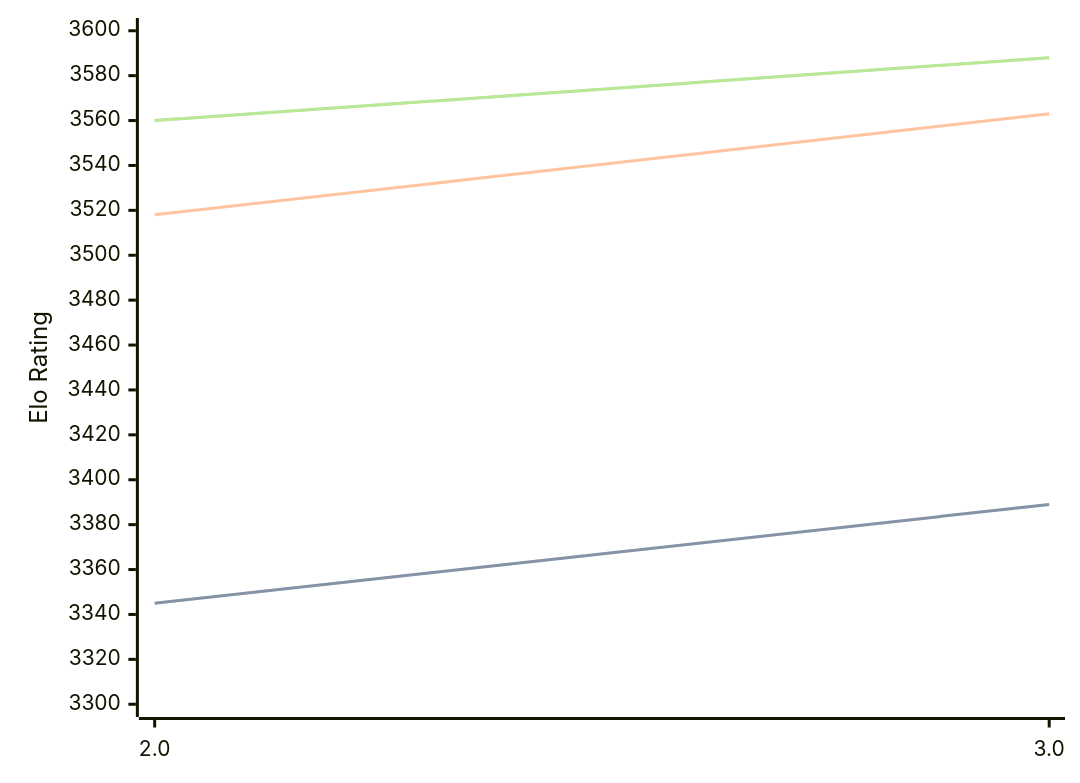
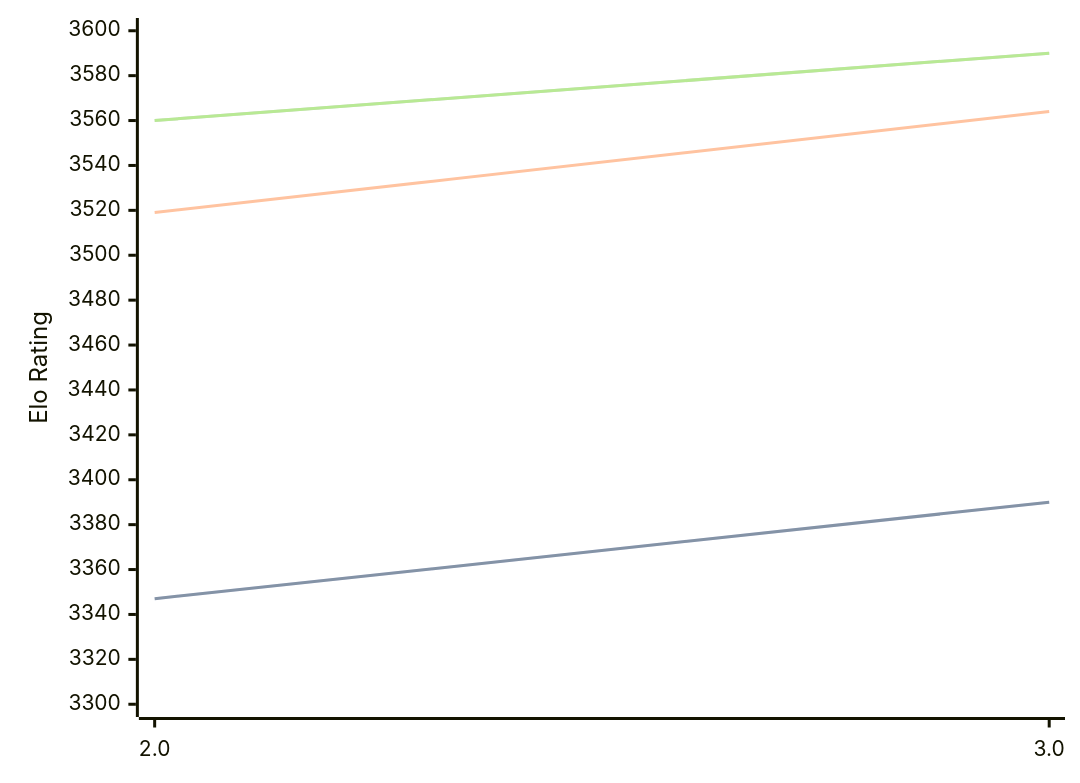
Before and after one commit to computer-chess-index/cci: the diagram in engines/Quanticade.md, drawn with Mermaid. The commit also changed other lines of this file, not shown here.

Commit message:
Update CCI Ratings (ELO VLTC) - 2026-05-14

````diff
--- a/engines/Quanticade.md
+++ b/engines/Quanticade.md
@@ -41,11 +41,11 @@
 ```mermaid
 %%{init: {"theme":"base","themeVariables":{"seriesColors:['#a3a3a3','#222221','#faa371']}}}%%
 xychart-beta
   x-axis ["2.0", "3.0"]
   y-axis "Elo Rating" 3300 --> 3600
-  line "STC (8.0+0.08s)" [3345, 3389]
-  line "STC (8.0+0.08s)" [3345, 3389]
-  line "LTC (60.0+0.60s)" [3518, 3563]
-  line "VLTC (2m24s+1.12s)" [3560, 3588]
-  line "VLTC (2m24s+1.12s)" [3560, 3588]
+  line "STC (8.0+0.08s)" [3347, 3390]
+  line "STC (8.0+0.08s)" [3347, 3390]
+  line "LTC (60.0+0.60s)" [3519, 3564]
+  line "VLTC (2m24s+1.12s)" [3560, 3590]
+  line "VLTC (2m24s+1.12s)" [3560, 3590]
 ```
````
